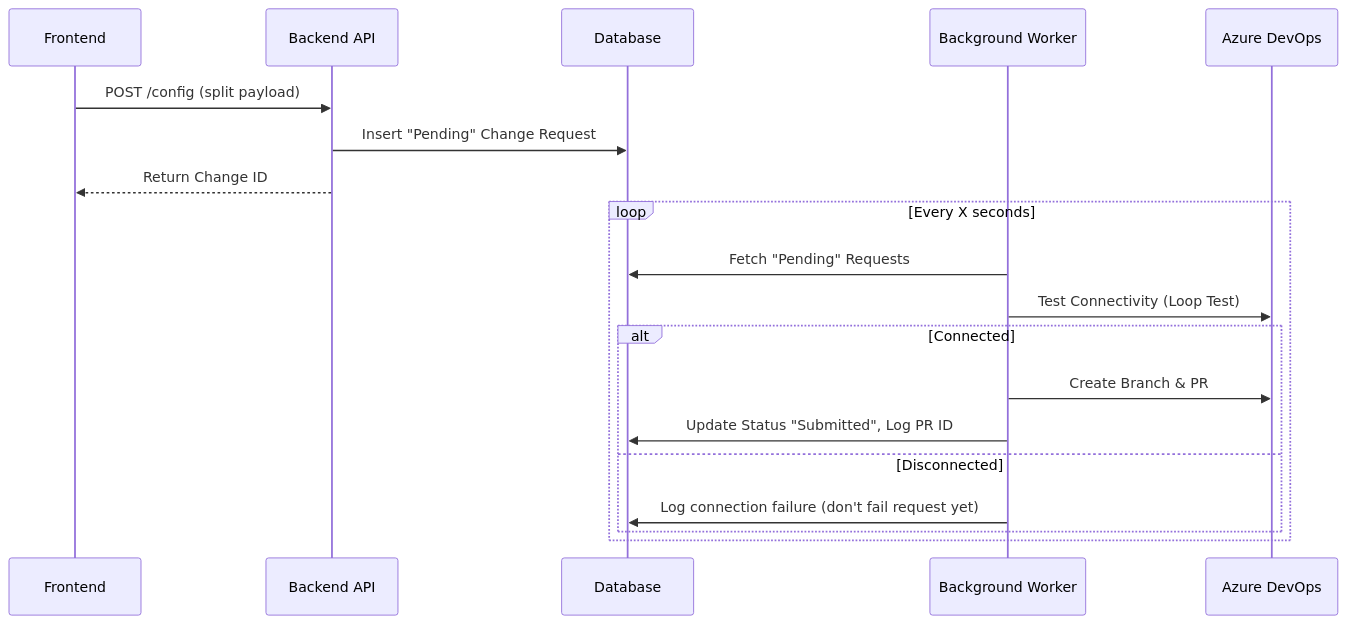
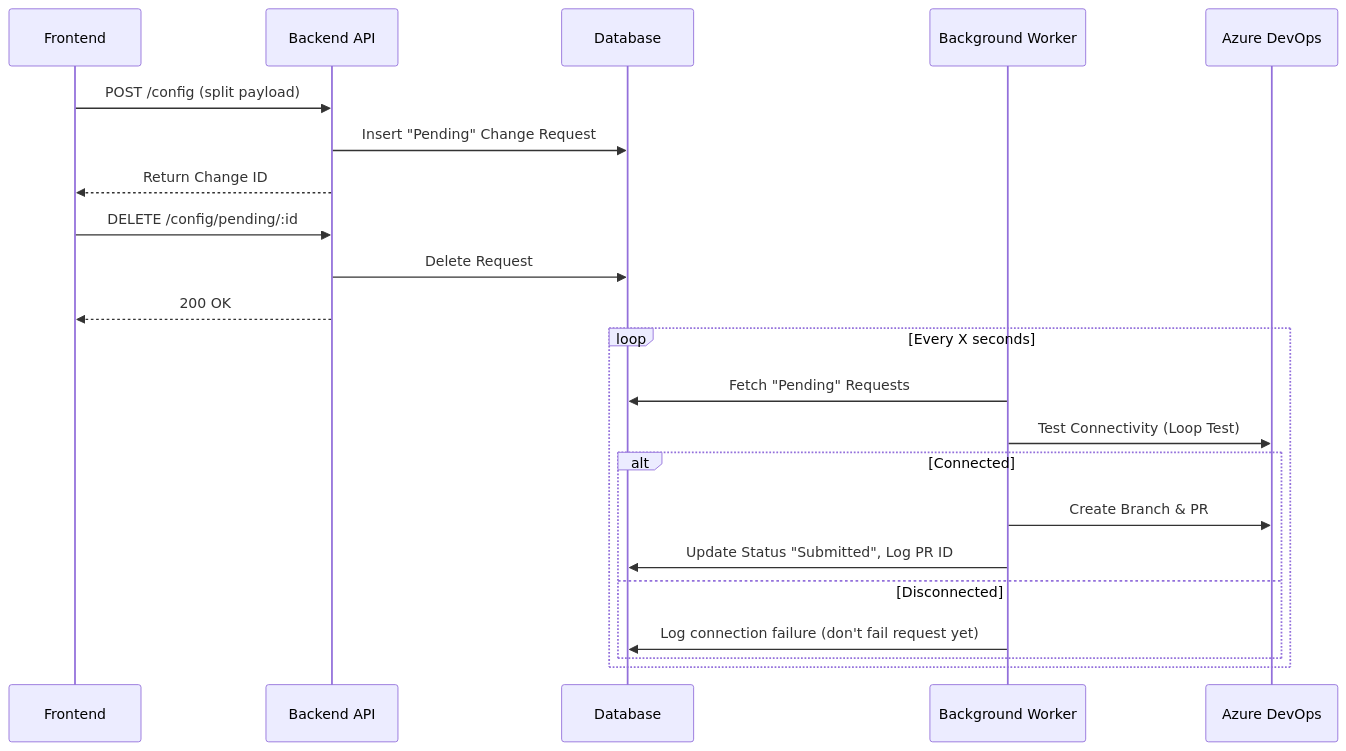
The diagram in openspec/changes/introduce-async-pr-submission/design.md (lushevol/nginx-self-service), drawn with Mermaid before and after one commit. The commit also changed other lines of this file and 5 other files, not shown here.

Commit message:
feat: Implement change request abandonment with new DELETE API and updated frontend UI for pending requests.

````diff
--- a/openspec/changes/introduce-async-pr-submission/design.md
+++ b/openspec/changes/introduce-async-pr-submission/design.md
@@ -5,23 +5,27 @@
 ```mermaid
 sequenceDiagram
     participant UI as Frontend
     participant API as Backend API
     participant DB as Database
     participant Worker as Background Worker
     participant ADO as Azure DevOps
 
     UI->>API: POST /config (split payload)
     API->>DB: Insert "Pending" Change Request
     API-->>UI: Return Change ID
 
+    UI->>API: DELETE /config/pending/:id
+    API->>DB: Delete Request
+    API-->>UI: 200 OK
+
     loop Every X seconds
         Worker->>DB: Fetch "Pending" Requests
         Worker->>ADO: Test Connectivity (Loop Test)
         alt Connected
             Worker->>ADO: Create Branch & PR
             Worker->>DB: Update Status "Submitted", Log PR ID
         else Disconnected
             Worker->>DB: Log connection failure (don't fail request yet)
         end
     end
 ```
````
